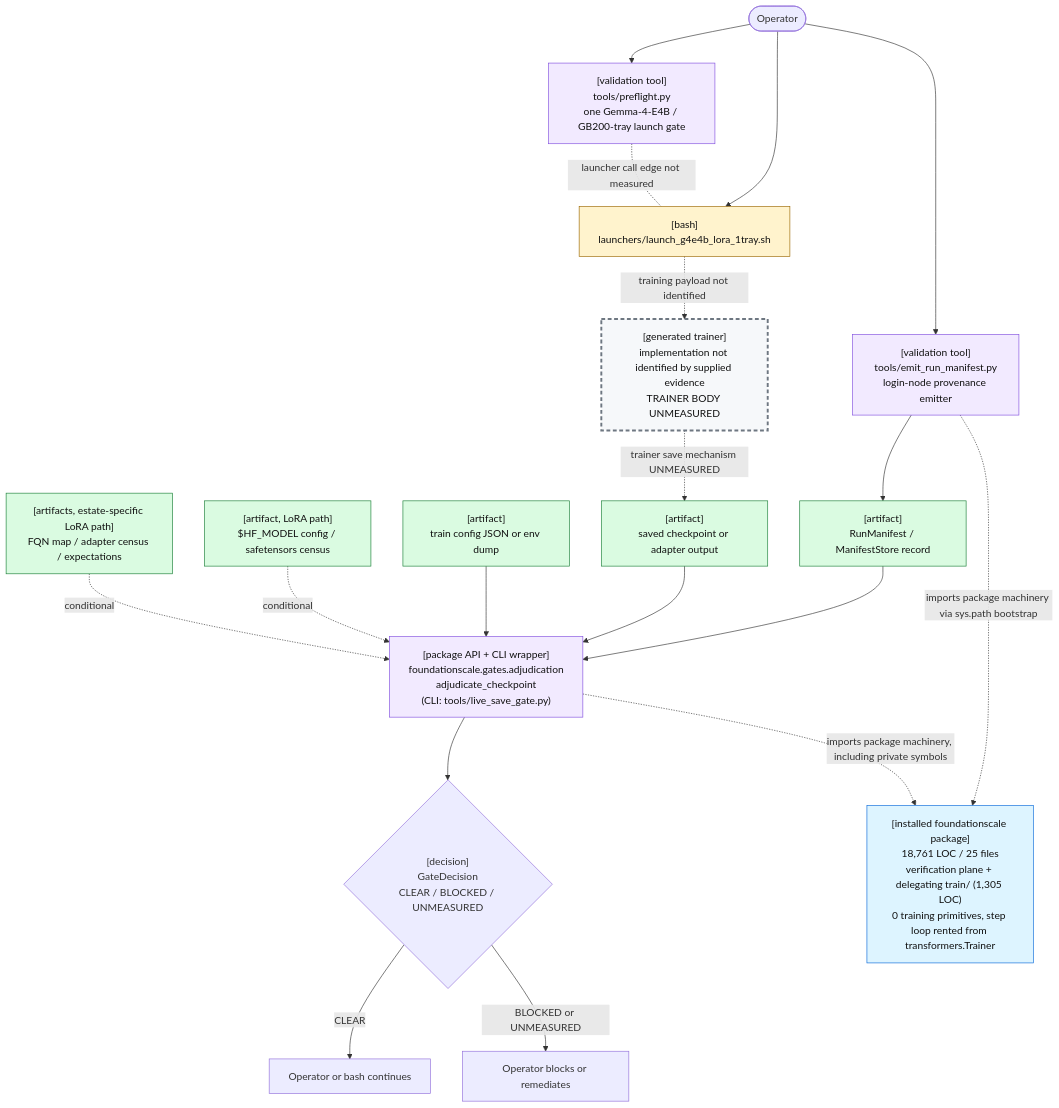
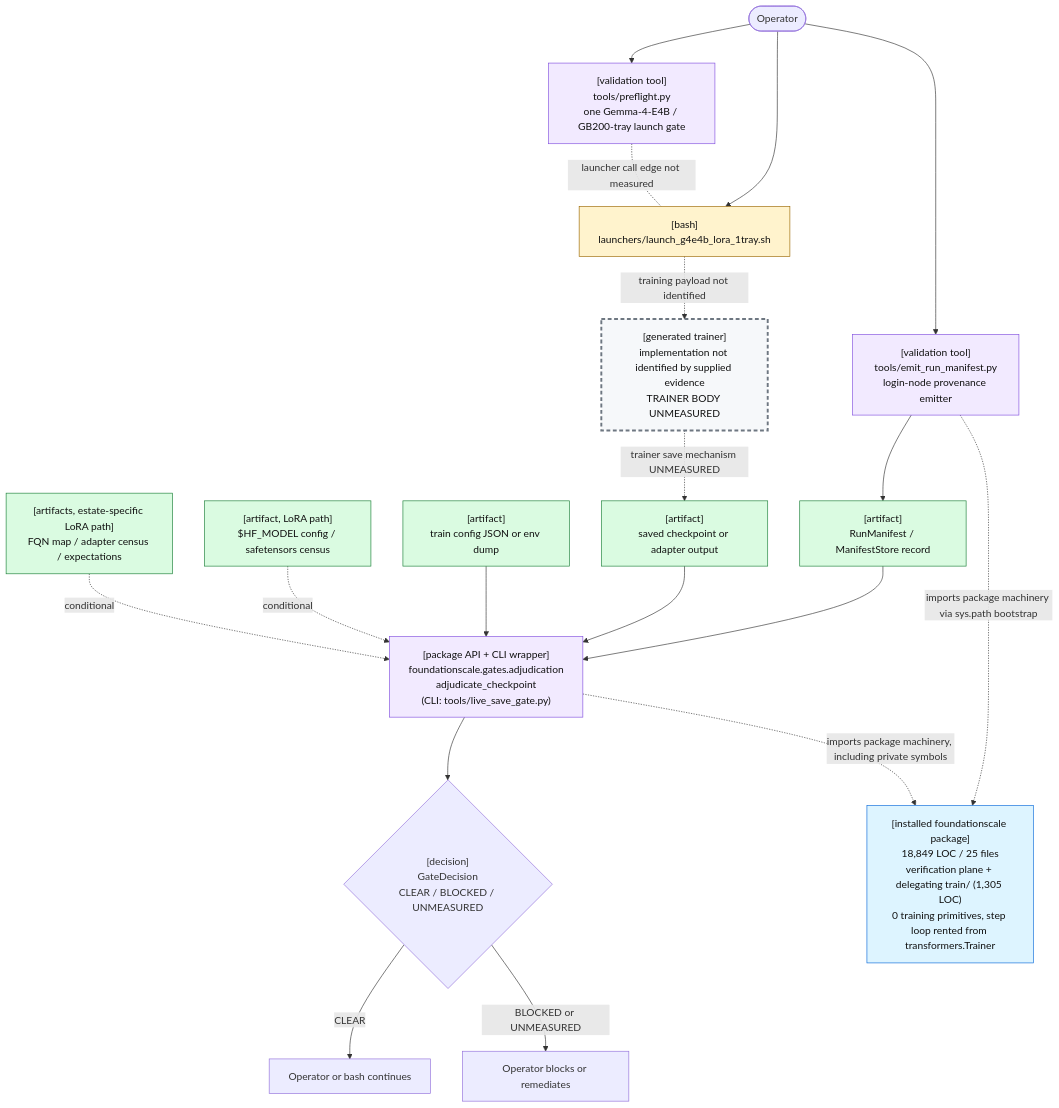
The first of 2 diagrams in docs/review/D2_current_architecture.md (TranNhiem/FoundationScale), drawn with Mermaid before and after one commit. The commit also changed other lines of this file and 13 other files, not shown here.

````diff
--- a/docs/review/D2_current_architecture.md
+++ b/docs/review/D2_current_architecture.md
@@ -25,59 +25,59 @@
 ```mermaid
 flowchart TB
   O(["Operator"])
 
   PF["[validation tool]<br/>tools/preflight.py<br/>one Gemma-4-E4B / GB200-tray launch gate"]
   L["[bash]<br/>launchers/launch_g4e4b_lora_1tray.sh"]
 
   E["[validation tool]<br/>tools/emit_run_manifest.py<br/>login-node provenance emitter"]
   M["[artifact]<br/>RunManifest / ManifestStore record"]
 
   T["[generated trainer]<br/>implementation not identified by supplied evidence<br/>TRAINER BODY UNMEASURED"]
   C["[artifact]<br/>saved checkpoint or adapter output"]
 
   G["[package API + CLI wrapper]<br/>foundationscale.gates.adjudication<br/>adjudicate_checkpoint<br/>(CLI: tools/live_save_gate.py)"]
   CFG["[artifact]<br/>train config JSON or env dump"]
   BASE["[artifact, LoRA path]<br/>$HF_MODEL config / safetensors census"]
   CEN["[artifacts, estate-specific LoRA path]<br/>FQN map / adapter census / expectations"]
 
   D{"[decision]<br/>GateDecision<br/>CLEAR / BLOCKED / UNMEASURED"}
   OK["Operator or bash continues"]
   NO["Operator blocks or remediates"]
 
-  PKG["[installed foundationscale package]<br/>18,761 LOC / 25 files<br/>verification plane + delegating train/ (1,305 LOC)<br/>0 training primitives, step loop rented from transformers.Trainer"]
+  PKG["[installed foundationscale package]<br/>18,849 LOC / 25 files<br/>verification plane + delegating train/ (1,305 LOC)<br/>0 training primitives, step loop rented from transformers.Trainer"]
 
   O --> PF
   O --> L
   PF -. "launcher call edge not measured" .- L
 
   O --> E
   E --> M
 
   L -. "training payload not identified" .-> T
   T -. "trainer save mechanism UNMEASURED" .-> C
 
   M --> G
   C --> G
   CFG --> G
   BASE -. "conditional" .-> G
   CEN -. "conditional" .-> G
 
   E -. "imports package machinery via sys.path bootstrap" .-> PKG
   G -. "imports package machinery, including private symbols" .-> PKG
 
   G --> D
   D -->|"CLEAR"| OK
   D -->|"BLOCKED or UNMEASURED"| NO
 
   classDef bash fill:#fff3cd,stroke:#9a6700,color:#111;
   classDef tool fill:#f2eaff,stroke:#8250df,color:#111;
   classDef artifact fill:#dafbe1,stroke:#1a7f37,color:#111;
   classDef gap fill:#f6f8fa,stroke:#6e7781,stroke-width:3px,stroke-dasharray: 6 4,color:#111;
   classDef pkg fill:#ddf4ff,stroke:#0969da,color:#111;
 
   class L bash;
   class PF,E,G tool;
   class M,C,CFG,BASE,CEN artifact;
   class T gap;
   class PKG pkg;
 ```
````
